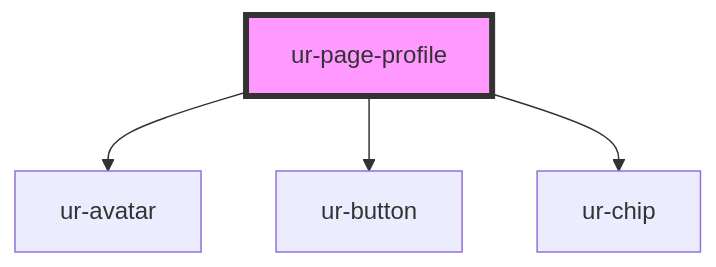
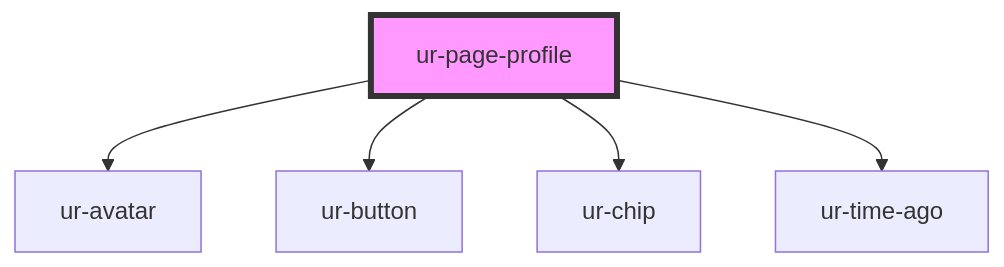
One commit to hellish/urnovl-web-components changed the diagram in src/components/ur-page-profile/readme.md. Above: the diagram before and after it, drawn with Mermaid. The commit also changed other lines of this file and 15 other files, not shown here.

Commit message:
Fix user profile fix page profile

````diff
--- a/src/components/ur-page-profile/readme.md
+++ b/src/components/ur-page-profile/readme.md
@@ -86,7 +87,8 @@
 ```mermaid
 graph TD;
   ur-page-profile --> ur-avatar
   ur-page-profile --> ur-button
   ur-page-profile --> ur-chip
+  ur-page-profile --> ur-time-ago
   style ur-page-profile fill:#f9f,stroke:#333,stroke-width:4px
 ```
````
